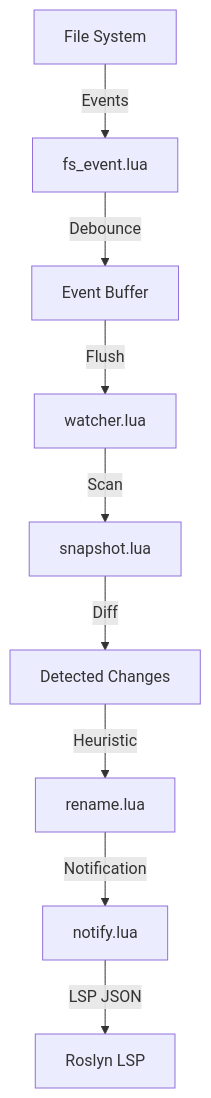
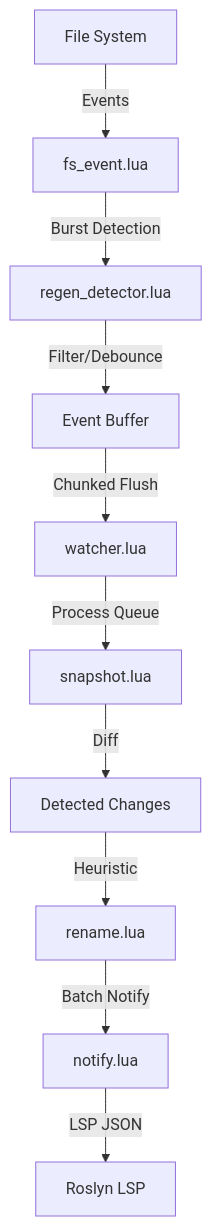
Before and after one commit to khoido2003/roslyn-filewatch.nvim: the diagram in README.md, drawn with Mermaid. The commit also changed other lines of this file, not shown here.

````diff
--- a/README.md
+++ b/README.md
@@ -224,11 +226,12 @@
 ```mermaid
 flowchart TD
     FS[File System] -->|Events| FS_Event[fs_event.lua]
-    FS_Event -->|Debounce| Buffer[Event Buffer]
-    Buffer -->|Flush| Watcher[watcher.lua]
-    Watcher -->|Scan| Snapshot[snapshot.lua]
+    FS_Event -->|Burst Detection| Regen[regen_detector.lua]
+    Regen -->|Filter/Debounce| Buffer[Event Buffer]
+    Buffer -->|Chunked Flush| Watcher[watcher.lua]
+    Watcher -->|Process Queue| Snapshot[snapshot.lua]
     Snapshot -->|Diff| Changes[Detected Changes]
     Changes -->|Heuristic| Rename[rename.lua]
-    Rename -->|Notification| Notify[notify.lua]
+    Rename -->|Batch Notify| Notify[notify.lua]
     Notify -->|LSP JSON| Roslyn[Roslyn LSP]
 ```
````
